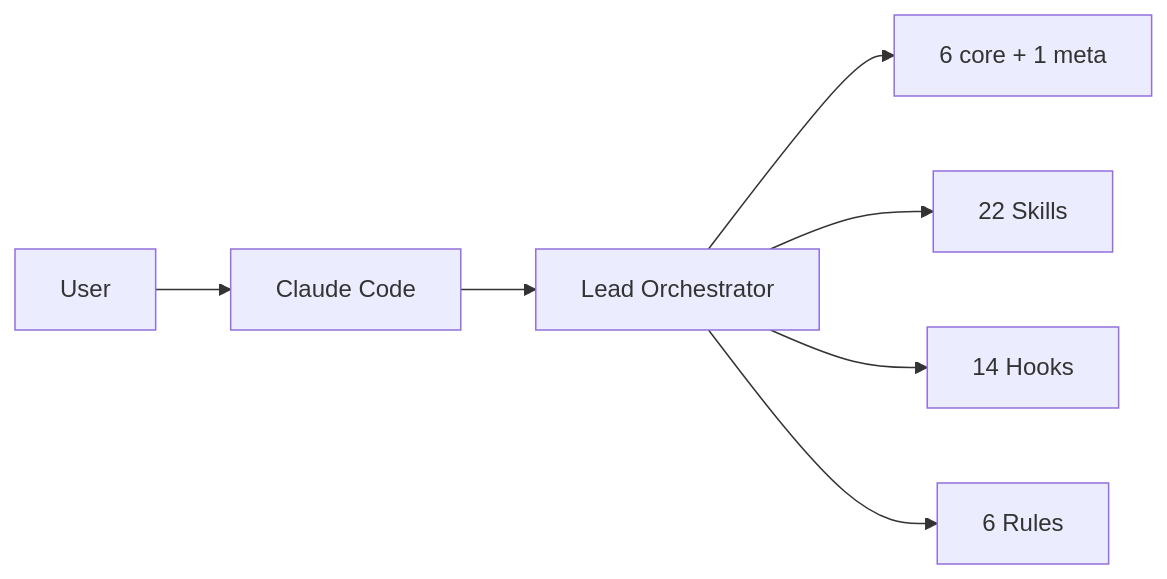
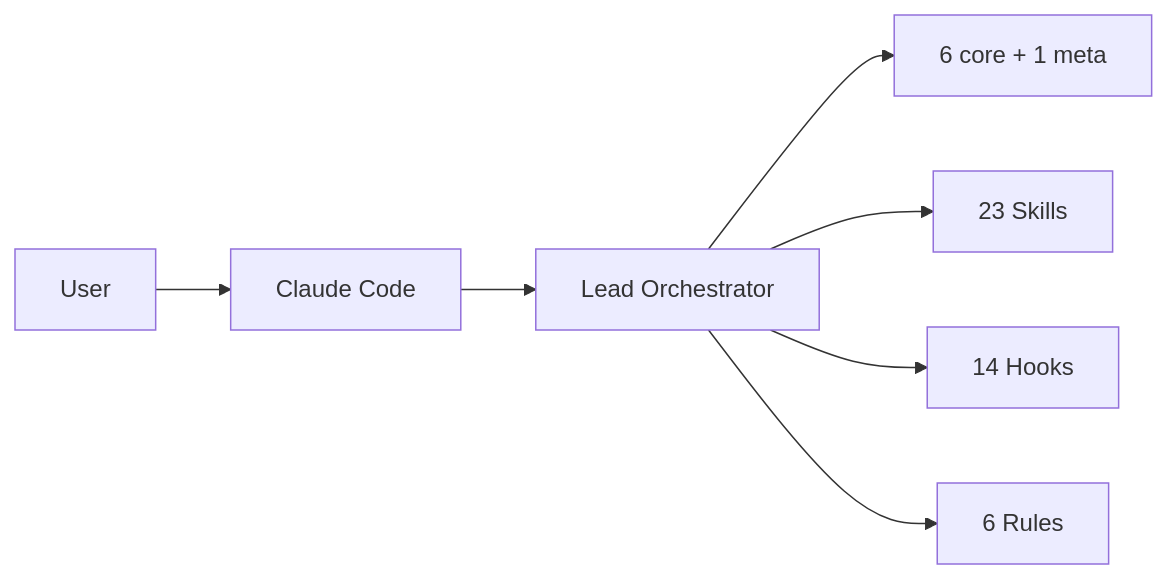
One commit to MaciWP/claude-code-poneglyph changed the first of 2 diagrams in CLAUDE.md. Above: the diagram before and after it, drawn with Mermaid. The commit also changed other lines of this file and 13 other files, not shown here.

````diff
--- a/CLAUDE.md
+++ b/CLAUDE.md
@@ -121,9 +121,9 @@
 ```mermaid
 graph LR
     User --> CC[Claude Code]
     CC --> Orch[Lead Orchestrator]
     Orch --> Agents[6 core + 1 meta]
-    Orch --> Skills[22 Skills]
+    Orch --> Skills[23 Skills]
     Orch --> Hooks[14 Hooks]
     Orch --> Rules[6 Rules]
 ```
````
